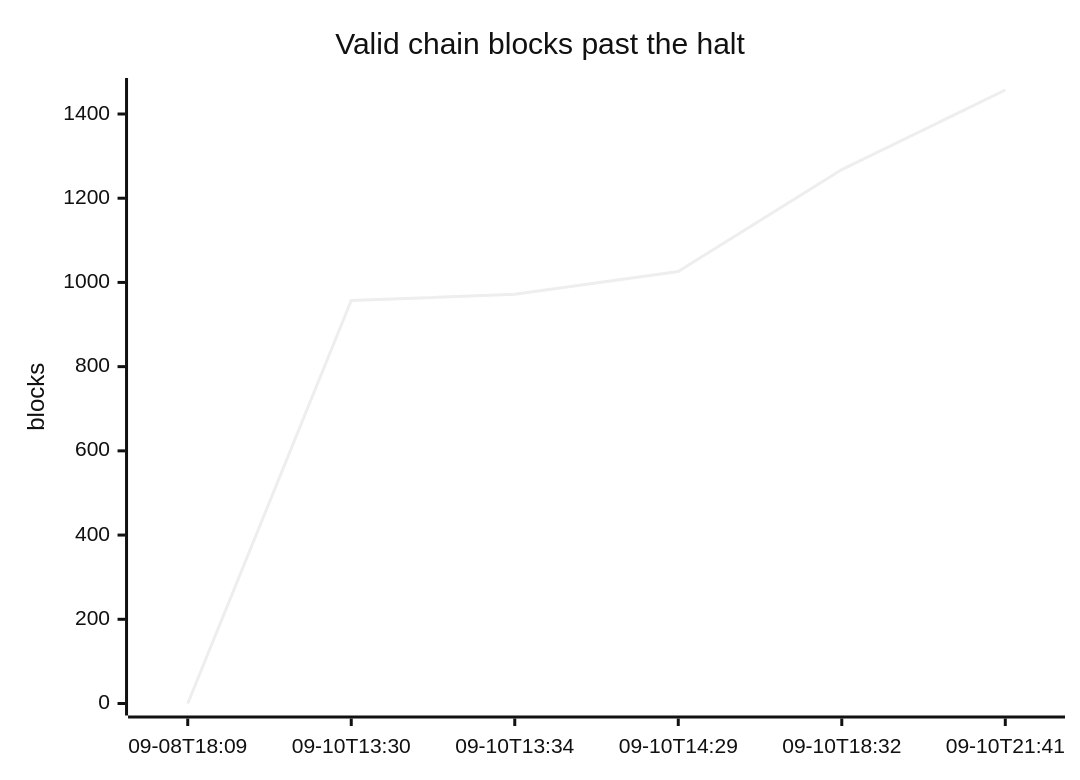
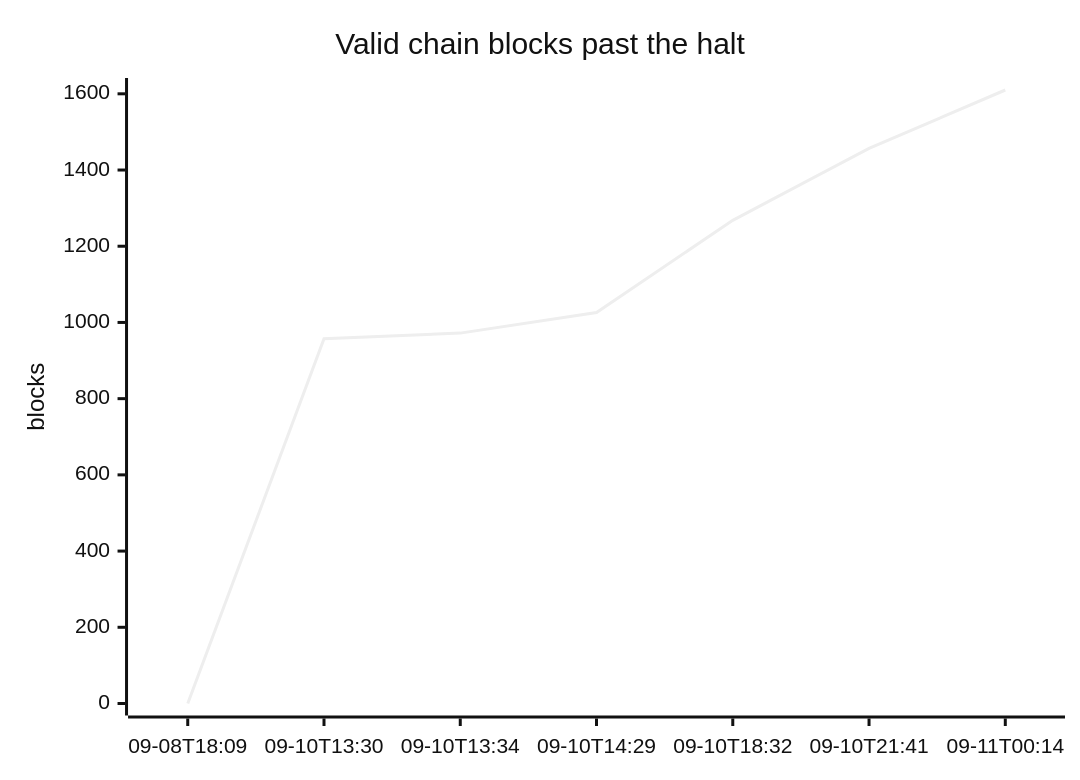
Before and after one commit to orangesurf/liquid-transaction-replay-monitor: the second of 2 diagrams in README.md, drawn with Mermaid (neutral theme). The commit also changed other lines of this file and 2 other files, not shown here.

````diff
--- a/README.md
+++ b/README.md
@@ -32,7 +32,7 @@
 ```mermaid
 xychart-beta
     title "Valid chain blocks past the halt"
-    x-axis ["09-08T18:09", "09-10T13:30", "09-10T13:34", "09-10T14:29", "09-10T18:32", "09-10T21:41"]
-    y-axis "blocks" 0 --> 1457
-    line [0, 957, 972, 1026, 1268, 1457]
+    x-axis ["09-08T18:09", "09-10T13:30", "09-10T13:34", "09-10T14:29", "09-10T18:32", "09-10T21:41", "09-11T00:14"]
+    y-axis "blocks" 0 --> 1610
+    line [0, 957, 972, 1026, 1268, 1457, 1610]
 ```
````
